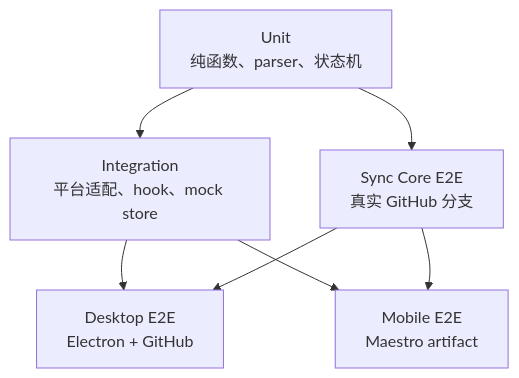
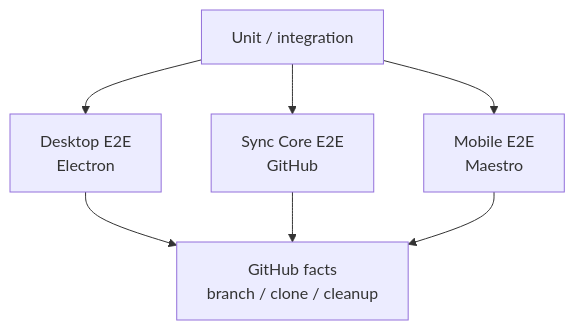
Before and after one commit to nazhenhuiyi/journal: the first of 2 diagrams in docs/e2e/README.md, drawn with Mermaid. The commit also changed other lines of this file and 25 other files, not shown here.

````diff
--- a/docs/e2e/README.md
+++ b/docs/e2e/README.md
@@ -13,15 +14,15 @@
 ```mermaid
 flowchart TD
-  unit["Unit<br/>纯函数、parser、状态机"]
-  integration["Integration<br/>平台适配、hook、mock store"]
-  desktop["Desktop E2E<br/>Electron + GitHub"]
-  sync["Sync Core E2E<br/>真实 GitHub 分支"]
-  mobile["Mobile E2E<br/>Maestro artifact"]
+  unit["Unit / integration"]
+  desktop["Desktop E2E<br/>Electron"]
+  sync["Sync Core E2E<br/>GitHub"]
+  mobile["Mobile E2E<br/>Maestro"]
+  github["GitHub facts<br/>branch / clone / cleanup"]
 
-  unit --> integration
-  integration --> desktop
-  integration --> mobile
+  unit --> desktop
   unit --> sync
-  sync --> desktop
-  sync --> mobile
+  unit --> mobile
+  desktop --> github
+  sync --> github
+  mobile --> github
 ```
````
